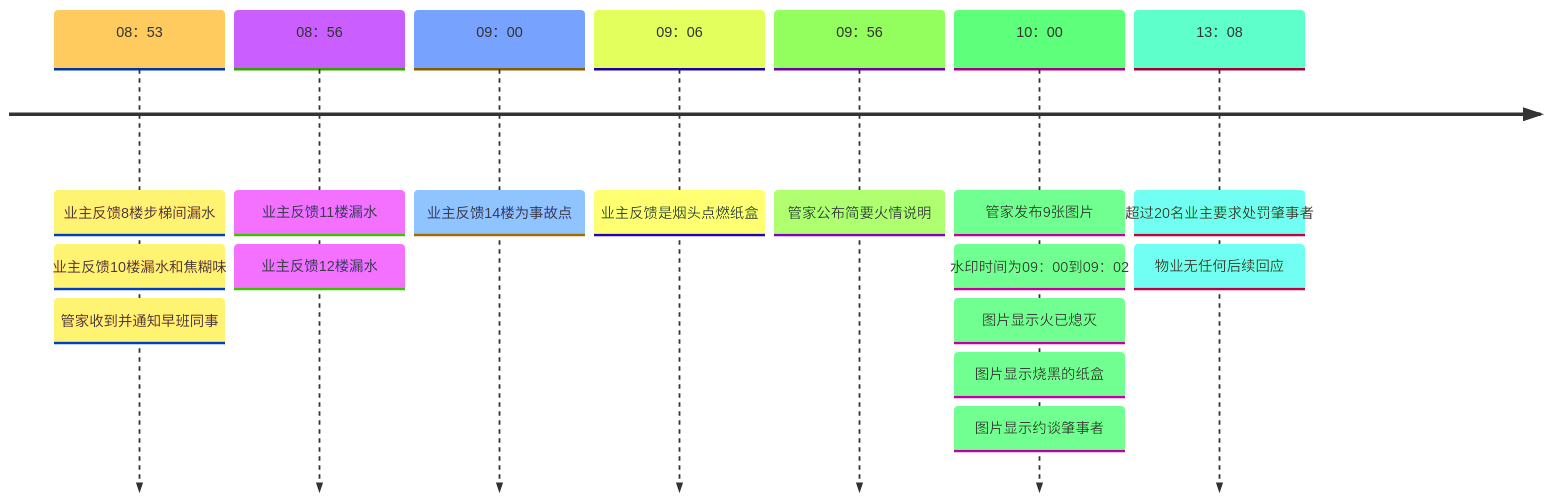
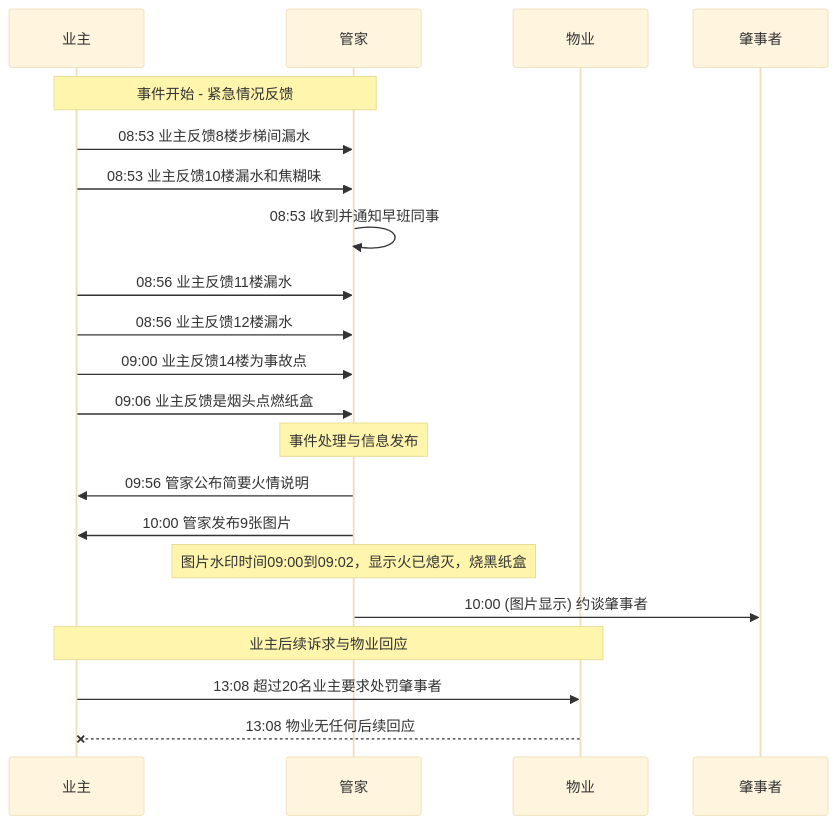
The diagram in 2025/06/16/01_fire/readme.md (my-view-points/community-governance), drawn with Mermaid (base theme) before and after one commit. The commit also changed other lines of this file and 1 other file, not shown here.

Commit message:
2025/06/16/01_fire: change timeline and rating table to vertical layout for better mobile reading

````diff
--- a/2025/06/16/01_fire/readme.md
+++ b/2025/06/16/01_fire/readme.md
@@ -42,18 +66,28 @@
 ```mermaid
-timeline
-    08：53 : 业主反馈8楼步梯间漏水
-          : 业主反馈10楼漏水和焦糊味
-          : 管家收到并通知早班同事
-    08：56 : 业主反馈11楼漏水
-          : 业主反馈12楼漏水
-    09：00 : 业主反馈14楼为事故点
-    09：06 : 业主反馈是烟头点燃纸盒
-    09：56 : 管家公布简要火情说明
-    10：00 : 管家发布9张图片
-          : 水印时间为09：00到09：02
-          : 图片显示火已熄灭
-          : 图片显示烧黑的纸盒
-          : 图片显示约谈肇事者
-    13：08 : 超过20名业主要求处罚肇事者
-          : 物业无任何后续回应
+sequenceDiagram
+    participant 业主
+    participant 管家
+    participant 物业
+
+    Note over 业主,管家: 事件开始 - 紧急情况反馈
+
+    业主->>管家: 08:53 业主反馈8楼步梯间漏水
+    业主->>管家: 08:53 业主反馈10楼漏水和焦糊味
+    管家->>管家: 08:53 收到并通知早班同事
+    业主->>管家: 08:56 业主反馈11楼漏水
+    业主->>管家: 08:56 业主反馈12楼漏水
+    业主->>管家: 09:00 业主反馈14楼为事故点
+    业主->>管家: 09:06 业主反馈是烟头点燃纸盒
+
+    Note over 管家: 事件处理与信息发布
+
+    管家->>业主: 09:56 管家公布简要火情说明
+    管家->>业主: 10:00 管家发布9张图片
+    Note over 管家: 图片水印时间09:00到09:02，显示火已熄灭，烧黑纸盒
+    管家->>肇事者: 10:00 (图片显示) 约谈肇事者
+
+    Note over 业主,物业: 业主后续诉求与物业回应
+
+    业主->>物业: 13:08 超过20名业主要求处罚肇事者
+    物业--x业主: 13:08 物业无任何后续回应
 ```
````
